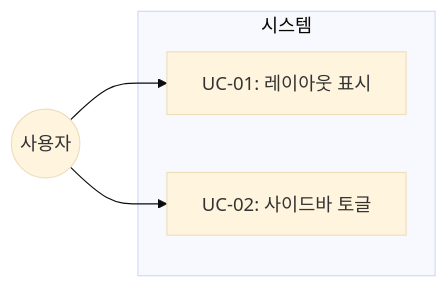
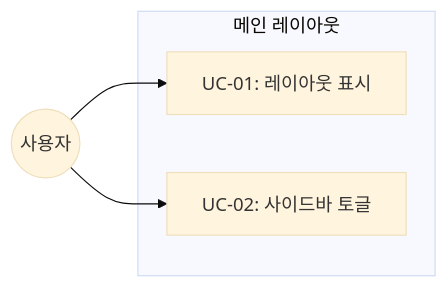
Before and after one commit to jongik-sv/orchay: the first of 2 diagrams in .orchay/projects/notion-like/tasks/TSK-02-01/010-design.md, drawn with Mermaid (base theme). The commit also changed other lines of this file and 4 other files, not shown here.

````diff
--- a/.orchay/projects/notion-like/tasks/TSK-02-01/010-design.md
+++ b/.orchay/projects/notion-like/tasks/TSK-02-01/010-design.md
@@ -92,10 +86,10 @@
 ```mermaid
 flowchart LR
-    subgraph 시스템
+    subgraph 메인 레이아웃
         UC01[UC-01: 레이아웃 표시]
         UC02[UC-02: 사이드바 토글]
     end
 
     사용자((사용자)) --> UC01
     사용자 --> UC02
 ```
````
